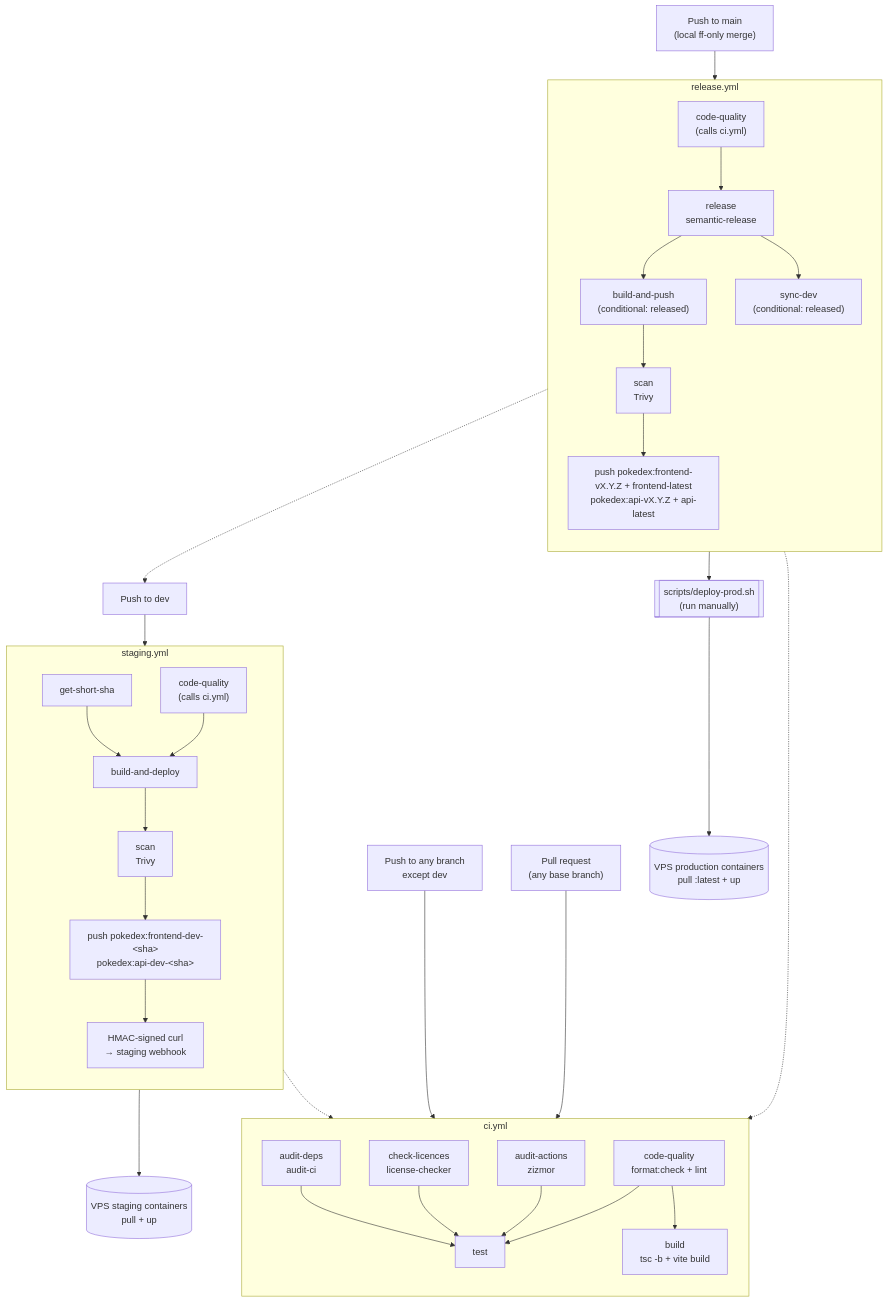
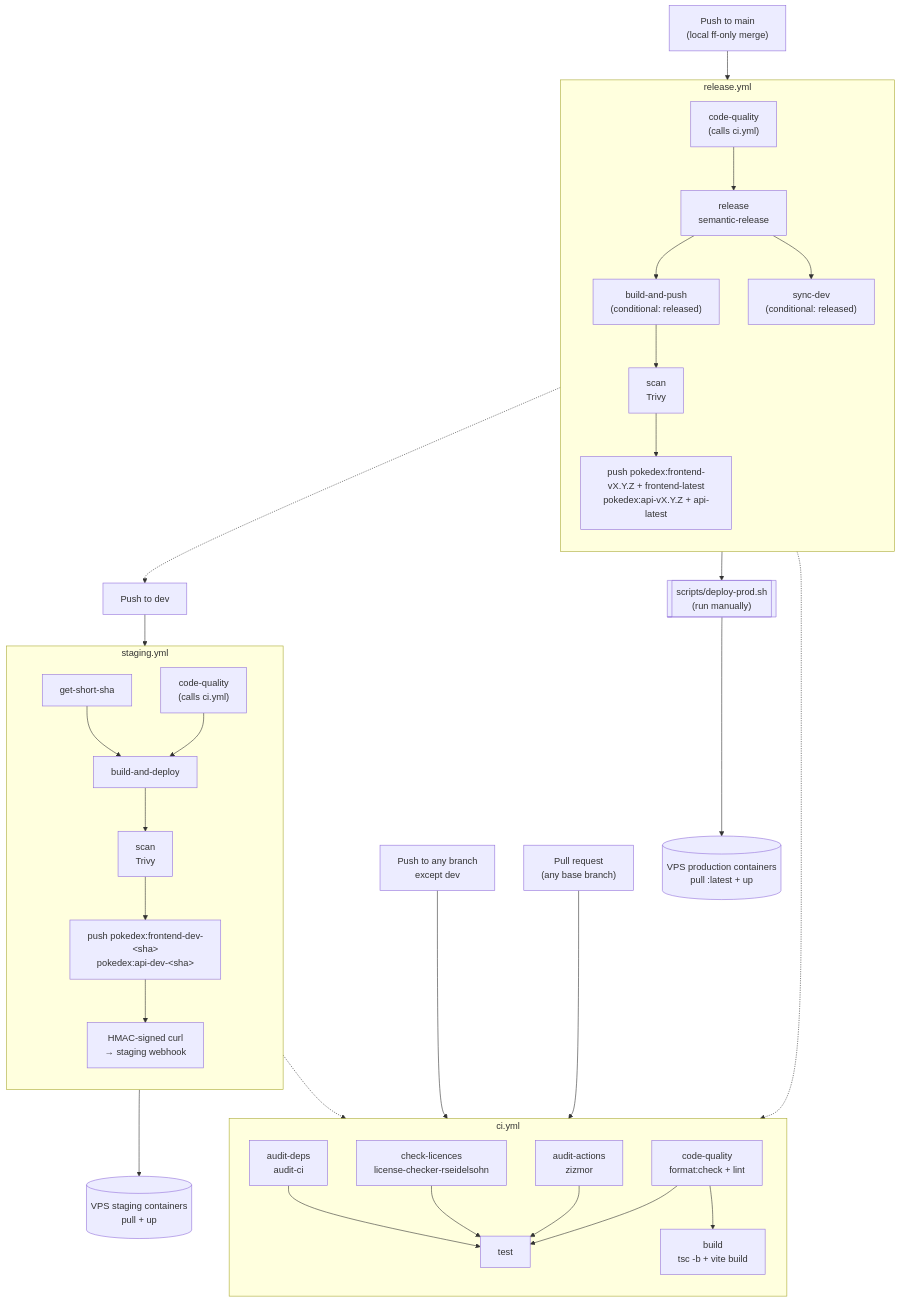
Before and after one commit to ddZ6ii/pokedex: the diagram in README.md, drawn with Mermaid. The commit also changed other lines of this file, not shown here.

First line of the commit message:
docs: expand stack table and clarify CI diagram in README

````diff
--- a/README.md
+++ b/README.md
@@ -49,49 +51,49 @@
 ```mermaid
 flowchart TD
     FEAT["Push to any branch<br/>except dev"]
     PR["Pull request<br/>(any base branch)"]
     DEVPUSH["Push to dev"]
     MAINPUSH["Push to main<br/>(local ff-only merge)"]
 
     FEAT --> CI
     PR --> CI
 
     subgraph CI["ci.yml"]
         direction TB
         CQ["code-quality<br/>format:check + lint"] --> T["test"]
         AA["audit-actions<br/>zizmor"] --> T
-        CL["check-licences<br/>license-checker"] --> T
+        CL["check-licences<br/>license-checker-rseidelsohn"] --> T
         AD["audit-deps<br/>audit-ci"] --> T
         CQ --> B["build<br/>tsc -b + vite build"]
     end
 
     DEVPUSH --> STAGING
 
     subgraph STAGING["staging.yml"]
         direction TB
         SSHA["get-short-sha"]
         SCQ["code-quality<br/>(calls ci.yml)"]
         SSHA --> SSTEP["build-and-deploy"]
         SCQ --> SSTEP
         SSTEP --> SSCAN["scan<br/>Trivy"]
         SSCAN --> SPUSH["push pokedex:frontend-dev-&lt;sha&gt;<br/>pokedex:api-dev-&lt;sha&gt;"]
         SPUSH --> SHOOK["HMAC-signed curl<br/>→ staging webhook"]
     end
     SCQ -.-> CI
     SHOOK --> STAGEVPS[("VPS staging containers<br/>pull + up")]
 
     MAINPUSH --> RELEASE
 
     subgraph RELEASE["release.yml"]
         direction TB
         RCQ["code-quality<br/>(calls ci.yml)"] --> RREL["release<br/>semantic-release"]
         RREL --> RSTEP["build-and-push<br/>(conditional: released)"]
         RREL --> RSYNC["sync-dev<br/>(conditional: released)"]
         RSTEP --> RSCAN["scan<br/>Trivy"]
         RSCAN --> RPUSH["push pokedex:frontend-vX.Y.Z + frontend-latest<br/>pokedex:api-vX.Y.Z + api-latest"]
     end
     RCQ -.-> CI
     RSYNC -.-> DEVPUSH
     RPUSH --> MANUAL[["scripts/deploy-prod.sh<br/>(run manually)"]]
     MANUAL --> PRODVPS[("VPS production containers<br/>pull :latest + up")]
 ```
````
